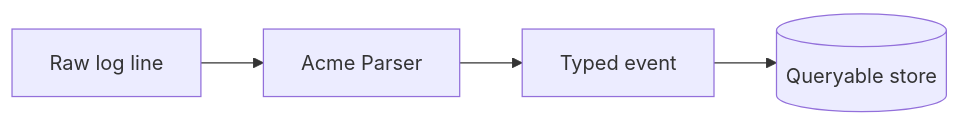
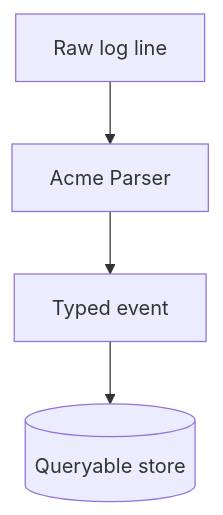
One commit to shimo4228/claude-harness changed the diagram in skills/readme-writer/fixtures/sample_clean.md. Above: the diagram before and after it, drawn with Mermaid. The commit also changed 74 other files, not shown here.

````diff
--- a/skills/readme-writer/fixtures/sample_clean.md
+++ b/skills/readme-writer/fixtures/sample_clean.md
@@ -7,6 +7,6 @@
 ```mermaid
-flowchart LR
+flowchart TD
     raw[Raw log line] --> parse[Acme Parser]
     parse --> event[Typed event]
     event --> query[(Queryable store)]
 ```
````
